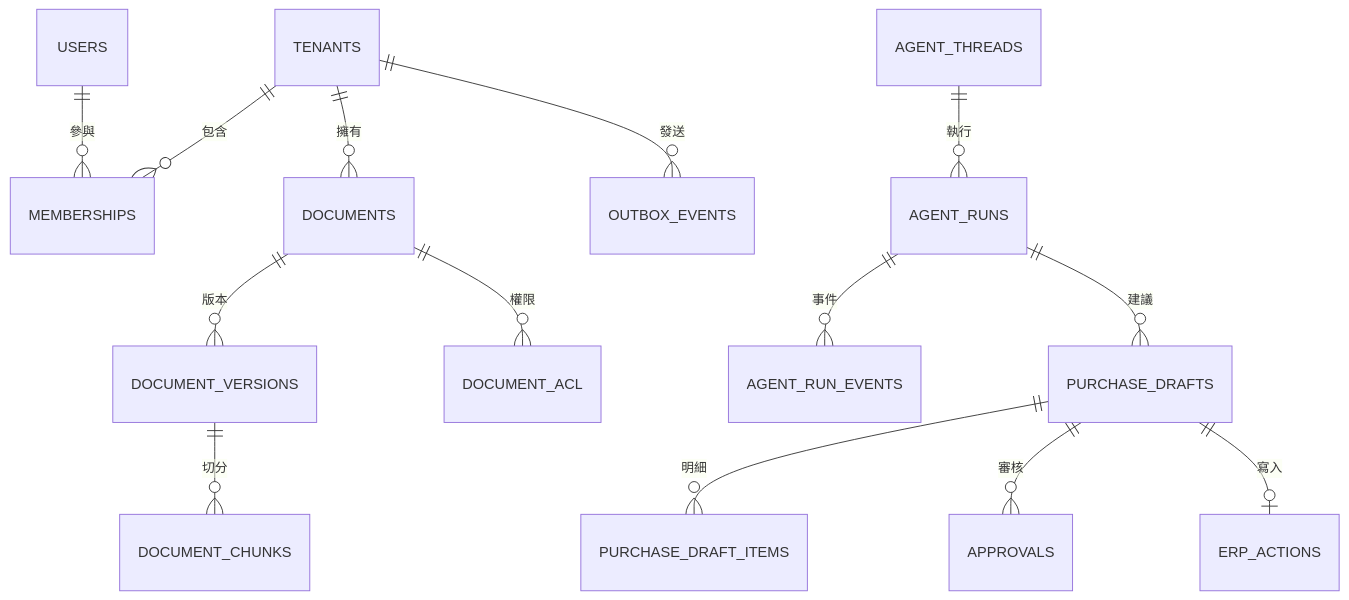
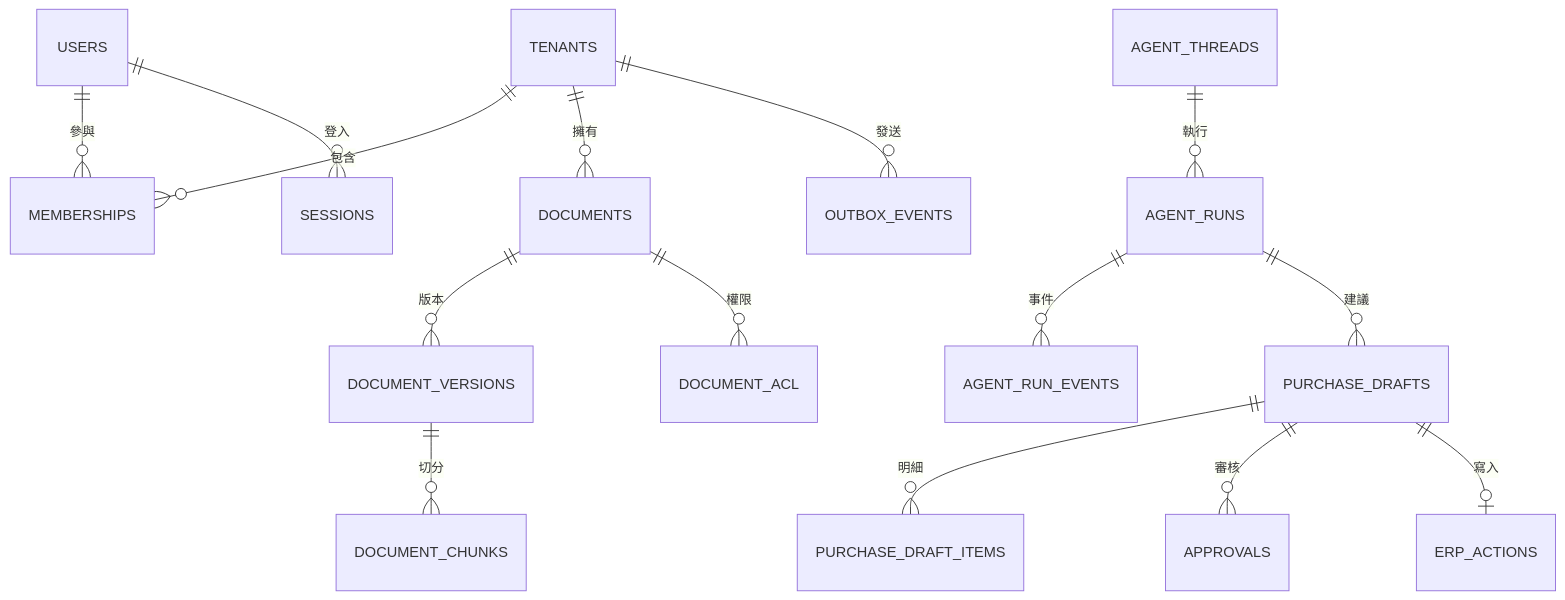
The diagram in docs/database/SCHEMA.md (kuangltw/enterprise-ai-operations-agent), drawn with Mermaid before and after one commit. The commit also changed other lines of this file and 1 other file, not shown here.

````diff
--- a/docs/database/SCHEMA.md
+++ b/docs/database/SCHEMA.md
@@ -14,16 +14,17 @@
 ```mermaid
 erDiagram
  TENANTS ||--o{ MEMBERSHIPS : "包含"
  USERS ||--o{ MEMBERSHIPS : "參與"
+ USERS ||--o{ SESSIONS : "登入"
  TENANTS ||--o{ DOCUMENTS : "擁有"
  DOCUMENTS ||--o{ DOCUMENT_VERSIONS : "版本"
  DOCUMENTS ||--o{ DOCUMENT_ACL : "權限"
  DOCUMENT_VERSIONS ||--o{ DOCUMENT_CHUNKS : "切分"
  AGENT_THREADS ||--o{ AGENT_RUNS : "執行"
  AGENT_RUNS ||--o{ AGENT_RUN_EVENTS : "事件"
  AGENT_RUNS ||--o{ PURCHASE_DRAFTS : "建議"
  PURCHASE_DRAFTS ||--o{ PURCHASE_DRAFT_ITEMS : "明細"
  PURCHASE_DRAFTS ||--o{ APPROVALS : "審核"
  PURCHASE_DRAFTS ||--o| ERP_ACTIONS : "寫入"
  TENANTS ||--o{ OUTBOX_EVENTS : "發送"
 ```
````
